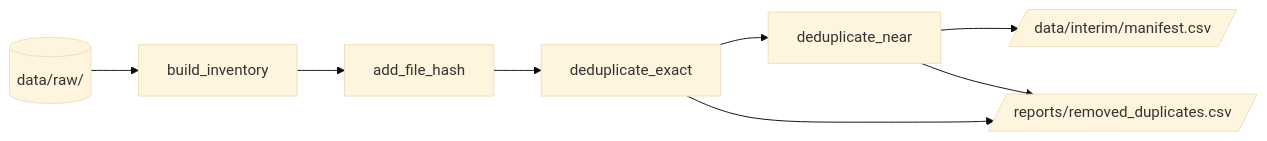
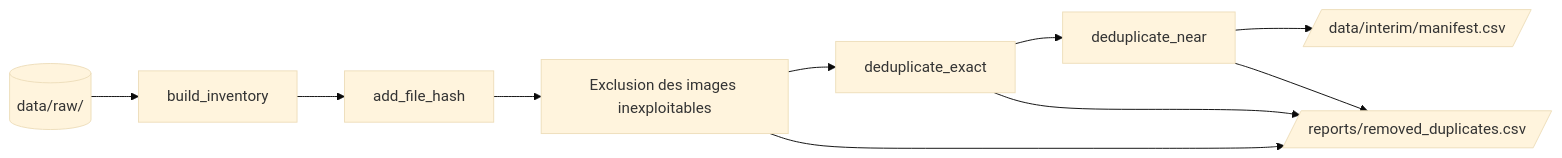
Before and after one commit to lefevrk/OC-Appliquez-des-approches-semi-supervisees: the diagram in docs/docs/pipeline/preparation.md, drawn with Mermaid (base theme). The commit also changed other lines of this file and 11 other files, not shown here.

````diff
--- a/docs/docs/pipeline/preparation.md
+++ b/docs/docs/pipeline/preparation.md
@@ -7,10 +7,12 @@
 ```mermaid
 flowchart LR
     RAW[(data/raw/)] --> INV[build_inventory]
     INV --> HASH[add_file_hash]
-    HASH --> EXACT[deduplicate_exact]
+    HASH --> EXCL[Exclusion des images inexploitables]
+    EXCL --> EXACT[deduplicate_exact]
     EXACT --> NEAR[deduplicate_near]
     NEAR --> MAN[/data/interim/manifest.csv/]
-    EXACT --> REP[/reports/removed_duplicates.csv/]
+    EXCL --> REP[/reports/removed_duplicates.csv/]
+    EXACT --> REP
     NEAR --> REP
 ```
````
